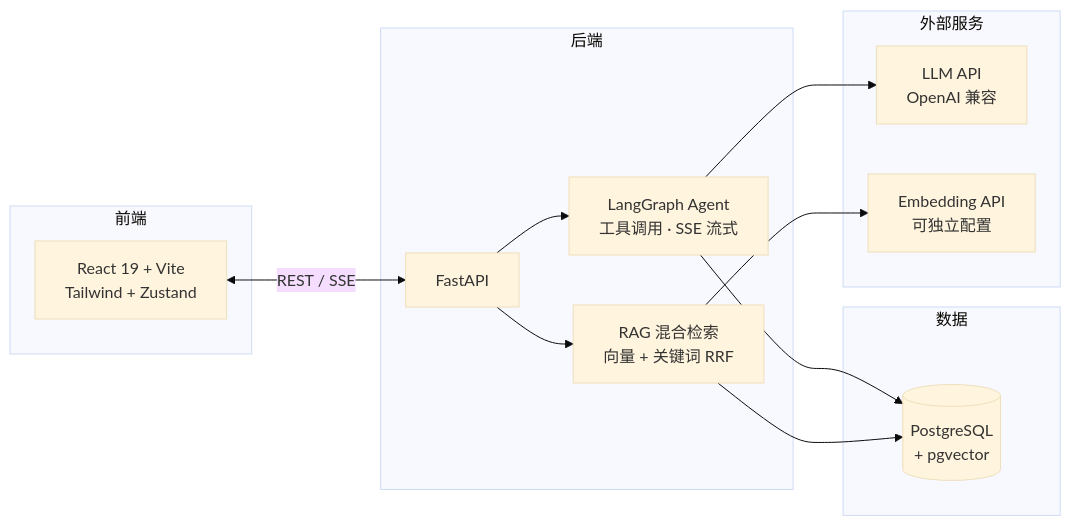
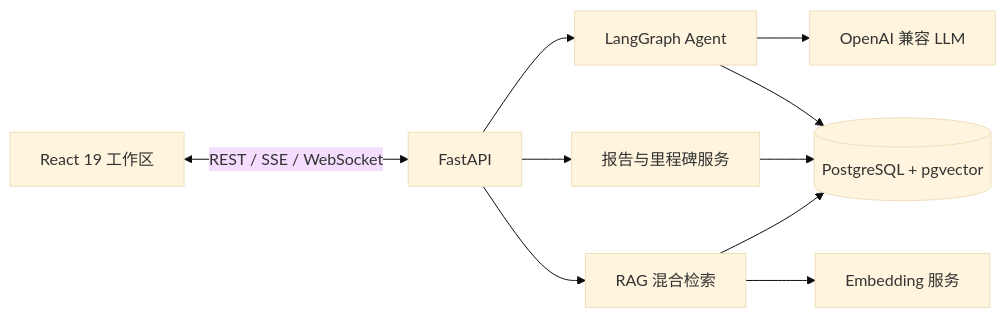
The diagram in README.md (lxfight/flowmind), drawn with Mermaid (base theme) before and after one commit. The commit also changed other lines of this file and 4 other files, not shown here.

````diff
--- a/README.md
+++ b/README.md
@@ -93,25 +98,12 @@
 ```mermaid
 graph LR
-    subgraph 前端
-        UI[React 19 + Vite<br/>Tailwind + Zustand]
-    end
-    subgraph 后端
-        API[FastAPI]
-        AGENT[LangGraph Agent<br/>工具调用 · SSE 流式]
-        RAG[RAG 混合检索<br/>向量 + 关键词 RRF]
-    end
-    subgraph 数据
-        PG[(PostgreSQL<br/>+ pgvector)]
-    end
-    subgraph 外部服务
-        LLM[LLM API<br/>OpenAI 兼容]
-        EMB[Embedding API<br/>可独立配置]
-    end
-    UI <-->|REST / SSE| API
-    API --> AGENT
-    API --> RAG
-    AGENT --> LLM
-    RAG --> EMB
-    AGENT --> PG
+    UI[React 19 工作区] <-->|REST / SSE / WebSocket| API[FastAPI]
+    API --> AGENT[LangGraph Agent]
+    API --> REPORT[报告与里程碑服务]
+    API --> RAG[RAG 混合检索]
+    AGENT --> LLM[OpenAI 兼容 LLM]
+    RAG --> EMB[Embedding 服务]
+    AGENT --> PG[(PostgreSQL + pgvector)]
+    REPORT --> PG
     RAG --> PG
 ```
````
